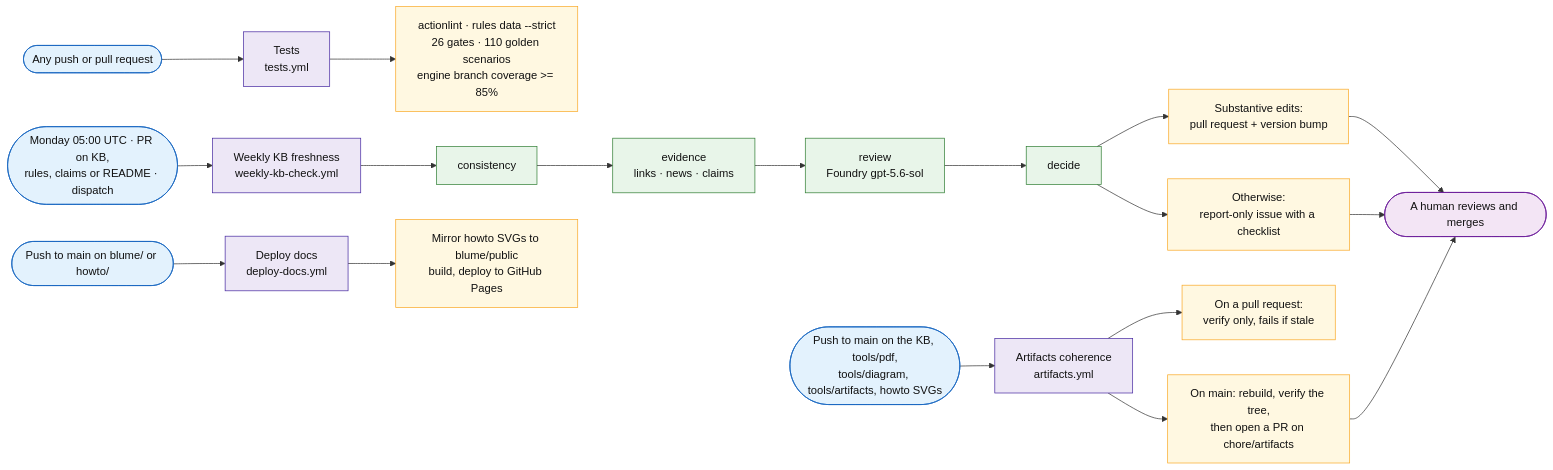
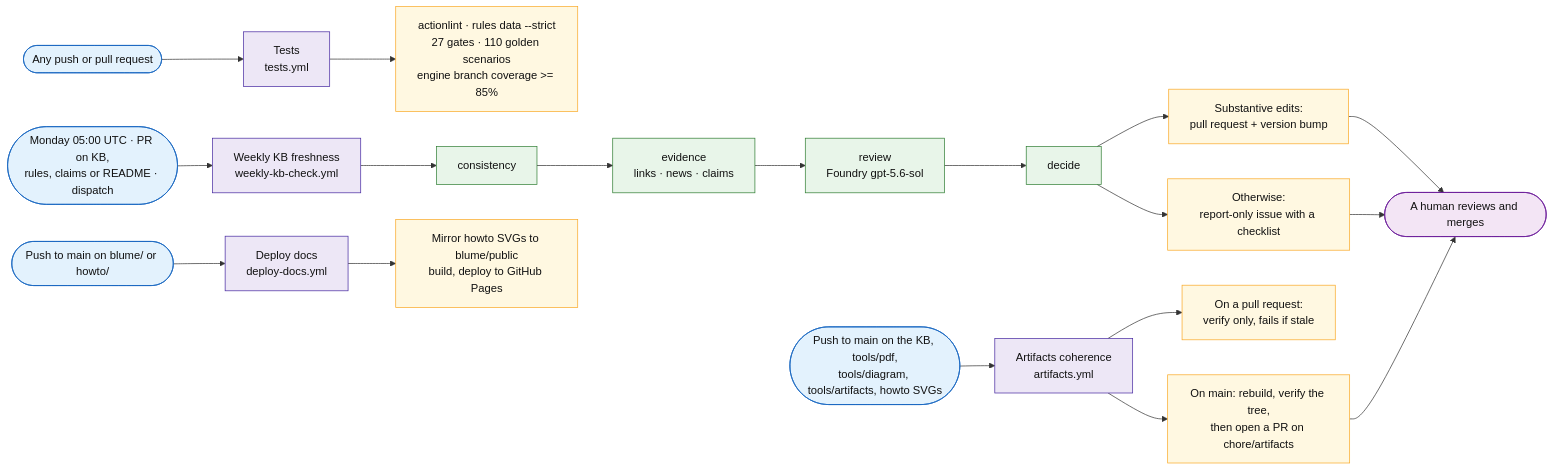
The sixth of 6 diagrams in docs/sql-migration-advisor-developer-pitch.md (fredgis/sql-migration-advisor), drawn with Mermaid before and after one commit. The commit also changed 19 other files, not shown here.

````diff
--- a/docs/sql-migration-advisor-developer-pitch.md
+++ b/docs/sql-migration-advisor-developer-pitch.md
@@ -992,33 +992,33 @@
 ```mermaid
 flowchart LR
     G1([Any push or pull request]) --> W1[Tests<br/>tests.yml]
     G2([Monday 05:00 UTC · PR on KB,<br/>rules, claims or README · dispatch]) --> W2[Weekly KB freshness<br/>weekly-kb-check.yml]
     G3([Push to main on the KB, tools/pdf,<br/>tools/diagram, tools/artifacts, howto SVGs]) --> W3[Artifacts coherence<br/>artifacts.yml]
     G4([Push to main on blume/ or howto/]) --> W4[Deploy docs<br/>deploy-docs.yml]
 
-    W1 --> O1[actionlint · rules data --strict<br/>26 gates · 110 golden scenarios<br/>engine branch coverage >= 85%]
+    W1 --> O1[actionlint · rules data --strict<br/>27 gates · 110 golden scenarios<br/>engine branch coverage >= 85%]
 
     W2 --> C1[consistency] --> C2[evidence<br/>links · news · claims] --> C3[review<br/>Foundry gpt-5.6-sol] --> C4[decide]
     C4 --> O2a[Substantive edits:<br/>pull request + version bump]
     C4 --> O2b[Otherwise:<br/>report-only issue with a checklist]
 
     W3 --> O3a[On a pull request:<br/>verify only, fails if stale]
     W3 --> O3b[On main: rebuild, verify the tree,<br/>then open a PR on chore/artifacts]
 
     W4 --> O4[Mirror howto SVGs to blume/public<br/>build, deploy to GitHub Pages]
 
     O2a --> H([A human reviews and merges])
     O2b --> H
     O3b --> H
 
     classDef trig fill:#e3f2fd,stroke:#1565c0,color:#111
     classDef flow fill:#ede7f6,stroke:#4527a0,color:#111
     classDef step fill:#e8f5e9,stroke:#2e7d32,color:#111
     classDef out fill:#fff8e1,stroke:#f9a825,color:#111
     classDef human fill:#f3e5f5,stroke:#6a1b9a,color:#111
     class G1,G2,G3,G4 trig
     class W1,W2,W3,W4 flow
     class C1,C2,C3,C4 step
     class O1,O2a,O2b,O3a,O3b,O4 out
     class H human
 ```
````
